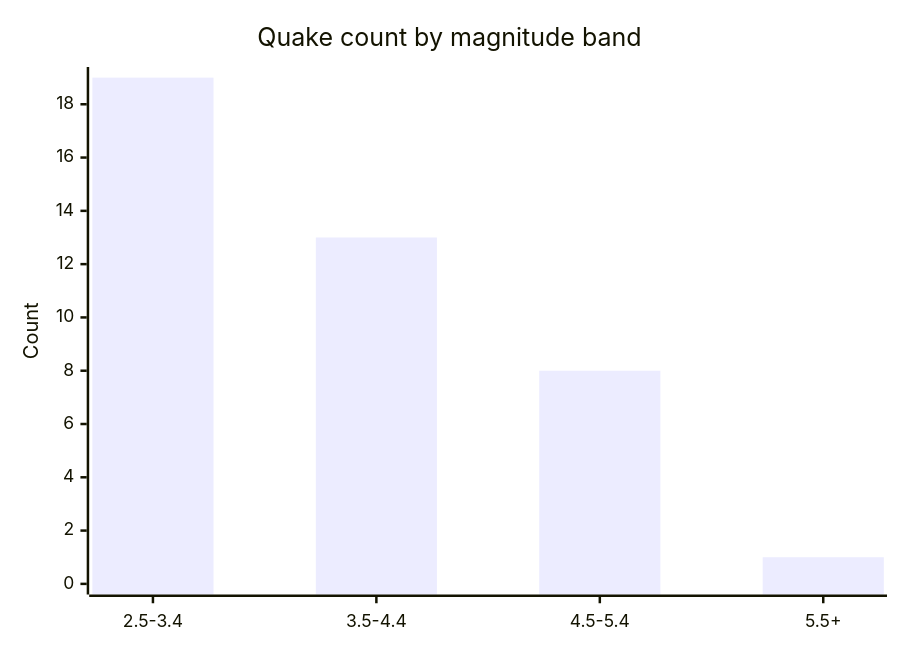
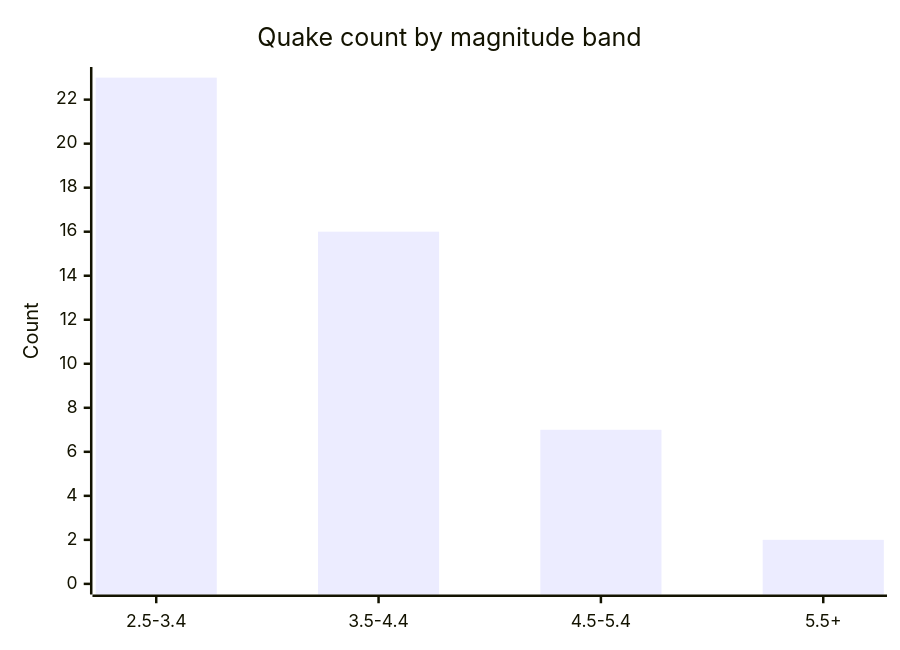
One commit to Midwest-Stratospheric/aerostratospheric-defense-gir changed the fifth of 6 diagrams in docs/GRAPHS.md. Above: the diagram before and after it, drawn with Mermaid. The commit also changed other lines of this file and 24 other files, not shown here.

````diff
--- a/docs/GRAPHS.md
+++ b/docs/GRAPHS.md
@@ -82,7 +82,7 @@
 ```mermaid
 xychart-beta
   title "Quake count by magnitude band"
   x-axis ["2.5-3.4", "3.5-4.4", "4.5-5.4", "5.5+"]
-  y-axis "Count" 0 --> 19
-  bar [19, 13, 8, 1]
+  y-axis "Count" 0 --> 23
+  bar [23, 16, 7, 2]
 ```
````
